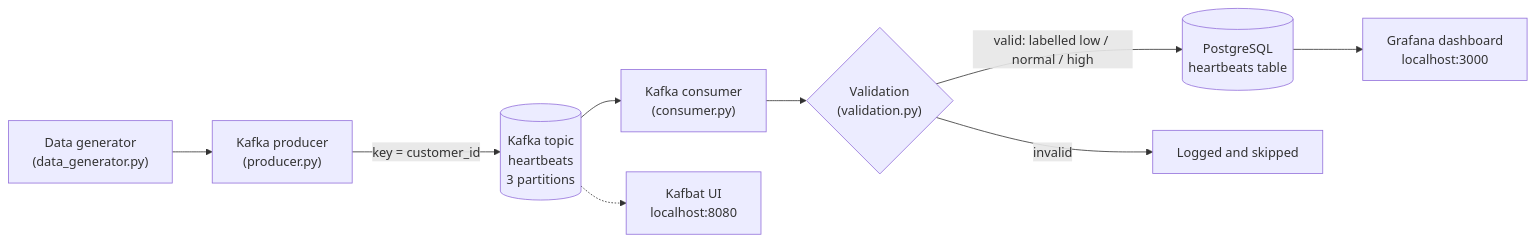
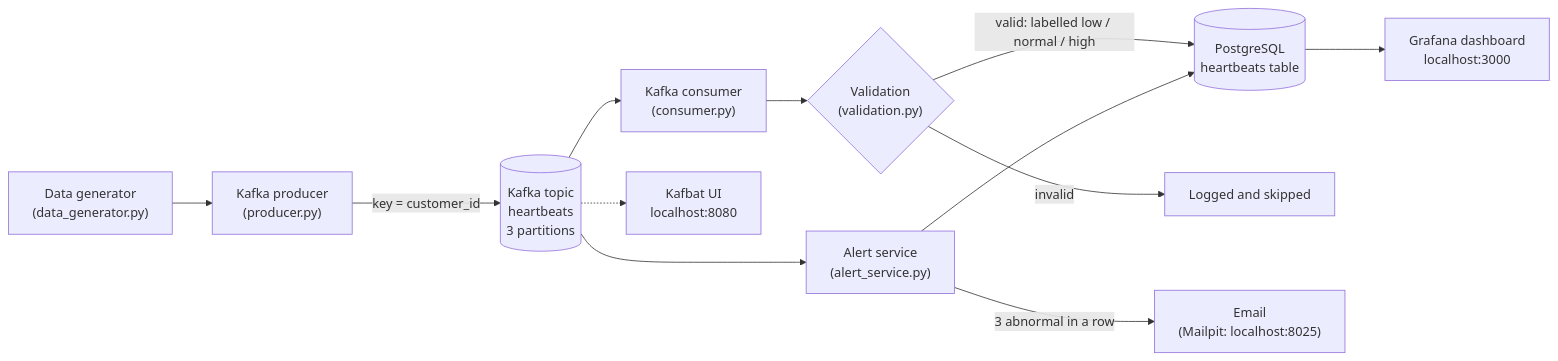
The diagram in README.md (MugaboVedaste/heartbeat-monitoring), drawn with Mermaid before and after one commit. The commit also changed other lines of this file and 4 other files, not shown here.

Commit message:
feat: send alerts to both Mailpit and a real email inbox

````diff
--- a/README.md
+++ b/README.md
@@ -11,11 +11,14 @@
 ```mermaid
 flowchart LR
     G["Data generator<br/>(data_generator.py)"] --> P["Kafka producer<br/>(producer.py)"]
     P -->|"key = customer_id"| K[("Kafka topic<br/>heartbeats<br/>3 partitions")]
     K --> C["Kafka consumer<br/>(consumer.py)"]
     C --> V{"Validation<br/>(validation.py)"}
     V -->|"valid: labelled low / normal / high"| DB[("PostgreSQL<br/>heartbeats table")]
     V -->|"invalid"| L["Logged and skipped"]
     DB --> GF["Grafana dashboard<br/>localhost:3000"]
     K -.-> UI["Kafbat UI<br/>localhost:8080"]
+    K --> A["Alert service<br/>(alert_service.py)"]
+    A -->|"3 abnormal in a row"| M["Email<br/>(Mailpit: localhost:8025)"]
+    A --> DB
 ```
````
